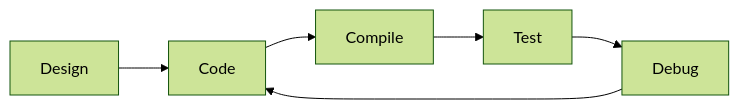
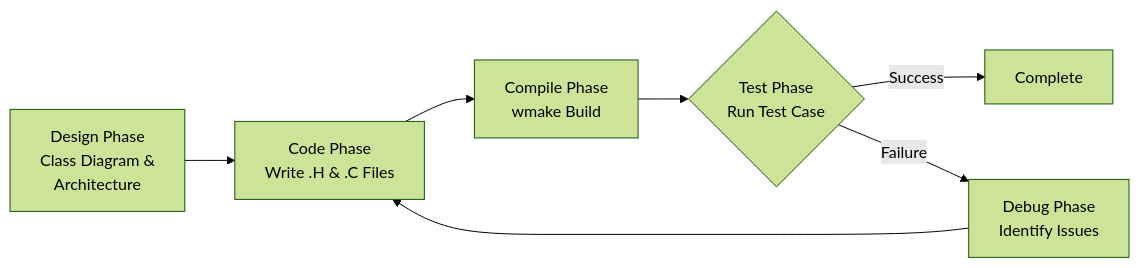
One commit to wramet/build-my-cfd changed the second of 5 diagrams in MODULE_09_ADVANCED_TOPICS/CONTENT/07_PRACTICAL_PROJECT/00_Overview.md. Above: the diagram before and after it, drawn with Mermaid (forest theme). The commit also changed other lines of this file and 203 other files, not shown here.

````diff
--- a/MODULE_09_ADVANCED_TOPICS/CONTENT/07_PRACTICAL_PROJECT/00_Overview.md
+++ b/MODULE_09_ADVANCED_TOPICS/CONTENT/07_PRACTICAL_PROJECT/00_Overview.md
@@ -26,8 +125,9 @@
 ```mermaid
 flowchart LR
-    A[Design] --> B[Code]
-    B --> C[Compile]
-    C --> D[Test]
-    D --> E[Debug]
-    E --> B
+    A[Design Phase<br/>Class Diagram &<br/>Architecture] --> B[Code Phase<br/>Write .H & .C Files]
+    B --> C[Compile Phase<br/>wmake Build]
+    C --> D{Test Phase<br/>Run Test Case}
+    D -->|Success| E[Complete]
+    D -->|Failure| F[Debug Phase<br/>Identify Issues]
+    F --> B
 ```
````
